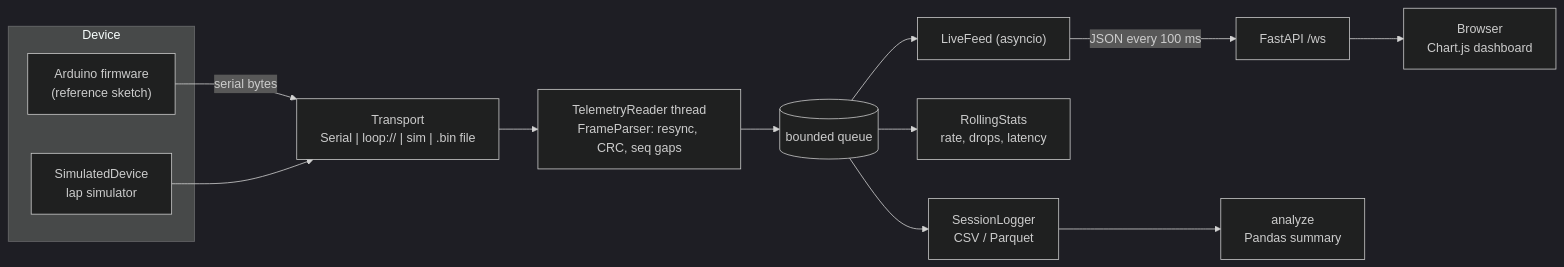
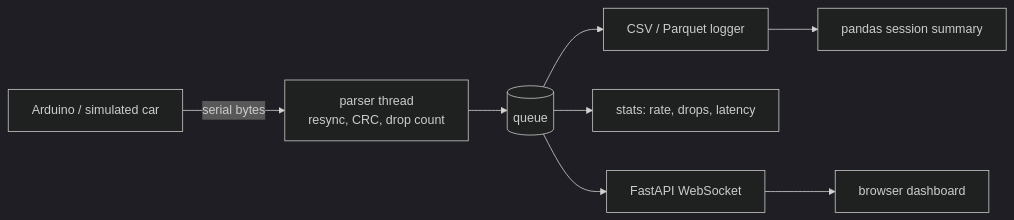
Before and after one commit to Aakanksha020106/sim-telemetry: the diagram in README.md, drawn with Mermaid (dark theme). The commit also changed other lines of this file, not shown here.

````diff
--- a/README.md
+++ b/README.md
@@ -30,17 +19,9 @@
 ```mermaid
 flowchart LR
-    subgraph Device
-        FW["Arduino firmware<br/>(reference sketch)"]
-        SIM["SimulatedDevice<br/>lap simulator"]
-    end
-    FW -- "serial bytes" --> T
-    SIM --> T["Transport<br/>Serial | loop:// | sim | .bin file"]
-    T --> R["TelemetryReader thread<br/>FrameParser: resync, CRC, seq gaps"]
-    R --> Q[("bounded queue")]
-    Q --> L["SessionLogger<br/>CSV / Parquet"]
-    Q --> S["RollingStats<br/>rate, drops, latency"]
-    Q --> F["LiveFeed (asyncio)"]
-    F -- "JSON every 100 ms" --> WS["FastAPI /ws"]
-    WS --> B["Browser<br/>Chart.js dashboard"]
-    L --> A["analyze<br/>Pandas summary"]
+    D[Arduino / simulated car] -- serial bytes --> P[parser thread<br/>resync, CRC, drop count]
+    P --> Q[(queue)]
+    Q --> L[CSV / Parquet logger]
+    Q --> S[stats: rate, drops, latency]
+    Q --> W[FastAPI WebSocket] --> B[browser dashboard]
+    L --> A[pandas session summary]
 ```
````
